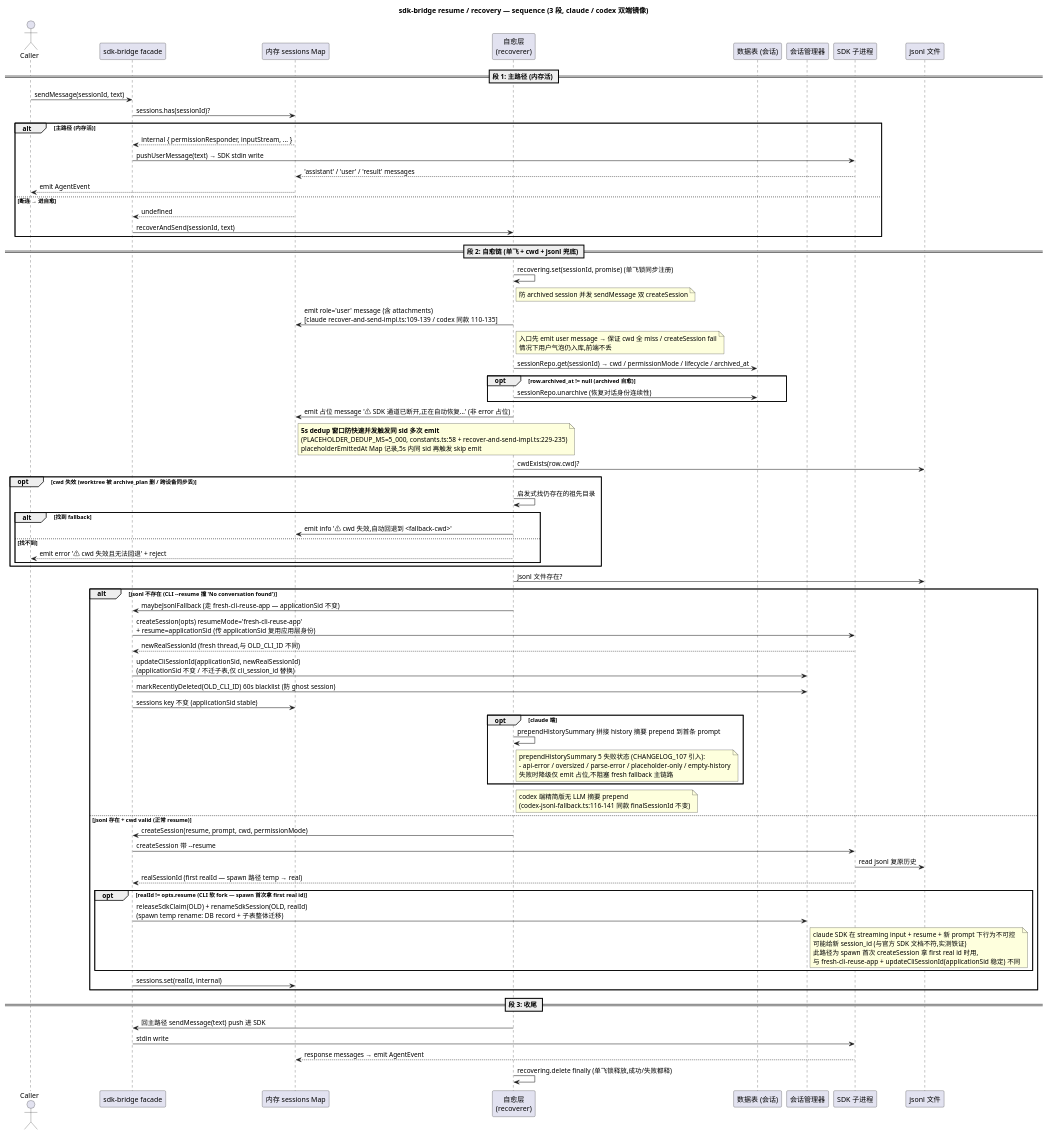
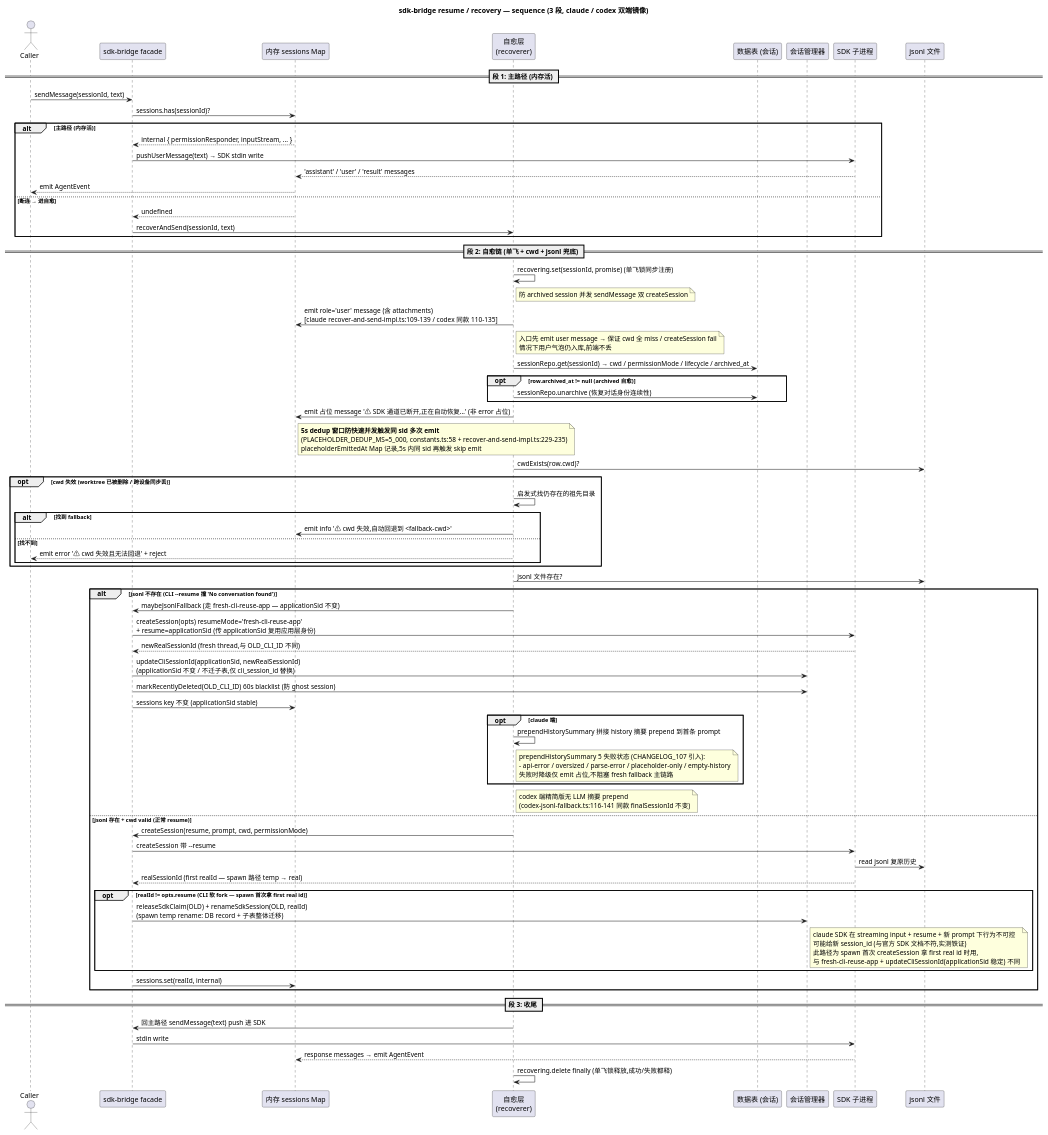
The diagram in ref/flows/sdk-bridge-resume-recovery-flow.puml (myqz-wld/agent-deck), drawn with PlantUML before and after one commit. The commit also changed 48 other files, not shown here.

```diff
--- a/ref/flows/sdk-bridge-resume-recovery-flow.puml
+++ b/ref/flows/sdk-bridge-resume-recovery-flow.puml
@@ -3,112 +3,112 @@
 @startuml sdk-bridge-resume-recovery-flow
 
 title sdk-bridge resume / recovery — sequence (3 段, claude / codex 双端镜像)
 
 actor Caller as C
 participant "sdk-bridge facade" as SB
 participant "内存 sessions Map" as SMap
 participant "自愈层\n(recoverer)" as Rec
 participant "数据表 (会话)" as DB
 participant "会话管理器" as SM
 participant "SDK 子进程" as SDK
 participant "jsonl 文件" as Fs
 
 == 段 1: 主路径 (内存活) ==
 
 C -> SB: sendMessage(sessionId, text)
 SB -> SMap: sessions.has(sessionId)?
 
 alt 主路径 (内存活)
   SMap --> SB: internal { permissionResponder, inputStream, ... }
   SB -> SDK: pushUserMessage(text) → SDK stdin write
   SDK --> SMap: 'assistant' / 'user' / 'result' messages
   SMap --> C: emit AgentEvent
 else 断连 → 进自愈
   SMap --> SB: undefined
   SB -> Rec: recoverAndSend(sessionId, text)
 end
 
 == 段 2: 自愈链 (单飞 + cwd + jsonl 兜底) ==
 
 Rec -> Rec: recovering.set(sessionId, promise) (单飞锁同步注册)
 note right of Rec
   防 archived session 并发 sendMessage 双 createSession
 end note
 
 ' LO1: recoverer 入口先 emit user message + attachments 再做 cwd precheck (保证 cwd 全 miss / createSession fail 时用户气泡不丢)
 Rec -> SMap: emit role='user' message (含 attachments)\n[claude recover-and-send-impl.ts:109-139 / codex 同款 110-135]
 note right of Rec
   入口先 emit user message → 保证 cwd 全 miss / createSession fail
   情况下用户气泡仍入库,前端不丢
 end note
 
 Rec -> DB: sessionRepo.get(sessionId) → cwd / permissionMode / lifecycle / archived_at
 opt row.archived_at != null (archived 自愈)
   Rec -> DB: sessionRepo.unarchive (恢复对话身份连续性)
 end
 
 ' M5: PLACEHOLDER_DEDUP_MS=5_000 5s 窗口防快速并发触发同 sid 多次 emit
 Rec -> SMap: emit 占位 message '⚠ SDK 通道已断开,正在自动恢复…' (非 error 占位)
 note right of SMap
   **5s dedup 窗口防快速并发触发同 sid 多次 emit**
   (PLACEHOLDER_DEDUP_MS=5_000, constants.ts:58 + recover-and-send-impl.ts:229-235)
   placeholderEmittedAt Map 记录,5s 内同 sid 再触发 skip emit
 end note
 
 ' cwd 启发式 fallback
 Rec -> Fs: cwdExists(row.cwd)?
-opt cwd 失效 (worktree 被 archive_plan 删 / 跨设备同步丢)
+opt cwd 失效 (worktree 已被删除 / 跨设备同步丢)
   Rec -> Rec: 启发式找仍存在的祖先目录
   alt 找到 fallback
     Rec -> SMap: emit info '⚠ cwd 失效,自动回退到 <fallback-cwd>'
   else 找不到
     Rec --> C: emit error '⚠ cwd 失效且无法回退' + reject
   end
 end
 
 ' jsonl-missing fallback
 Rec -> Fs: jsonl 文件存在?
 alt jsonl 不存在 (CLI --resume 撞 'No conversation found')
   Rec -> SB: maybeJsonlFallback (走 fresh-cli-reuse-app — applicationSid 不变)
   SB -> SDK: createSession(opts) resumeMode='fresh-cli-reuse-app'\n+ resume=applicationSid (传 applicationSid 复用应用层身份)
   SDK --> SB: newRealSessionId (fresh thread,与 OLD_CLI_ID 不同)
   SB -> SM: updateCliSessionId(applicationSid, newRealSessionId)\n(applicationSid 不变 / 不迁子表,仅 cli_session_id 替换)
   SB -> SM: markRecentlyDeleted(OLD_CLI_ID) 60s blacklist (防 ghost session)
   SB -> SMap: sessions key 不变 (applicationSid stable)
   opt claude 端
     Rec -> Rec: prependHistorySummary 拼接 history 摘要 prepend 到首条 prompt
     note right of Rec
       prependHistorySummary 5 失败状态 (CHANGELOG_107 引入):
       - api-error / oversized / parse-error / placeholder-only / empty-history
       失败时降级仅 emit 占位,不阻塞 fresh fallback 主链路
     end note
   end
   note right of Rec
     codex 端精简版无 LLM 摘要 prepend
     (codex-jsonl-fallback.ts:116-141 同款 finalSessionId 不变)
   end note
 else jsonl 存在 + cwd valid (正常 resume)
   Rec -> SB: createSession(resume, prompt, cwd, permissionMode)
   SB -> SDK: createSession 带 --resume
   SDK -> Fs: read jsonl 复原历史
   SDK --> SB: realSessionId (first realId — spawn 路径 temp → real)
   opt realId != opts.resume (CLI 软 fork — spawn 首次拿 first real id)
     SB -> SM: releaseSdkClaim(OLD) + renameSdkSession(OLD, realId)\n(spawn temp rename: DB record + 子表整体迁移)
     note right of SM
       claude SDK 在 streaming input + resume + 新 prompt 下行为不可控
       可能给新 session_id (与官方 SDK 文档不符,实测铁证)
       此路径为 spawn 首次 createSession 拿 first real id 时用,
       与 fresh-cli-reuse-app + updateCliSessionId(applicationSid 稳定) 不同
     end note
   end
   SB -> SMap: sessions.set(realId, internal)
 end
 
 == 段 3: 收尾 ==
 
 Rec -> SB: 回主路径 sendMessage(text) push 进 SDK
 SB -> SDK: stdin write
 SDK --> SMap: response messages → emit AgentEvent
 Rec -> Rec: recovering.delete finally (单飞锁释放,成功/失败都释)
 
 @enduml
```
